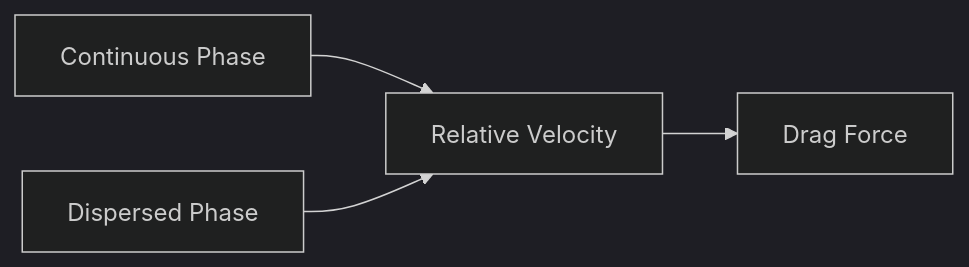
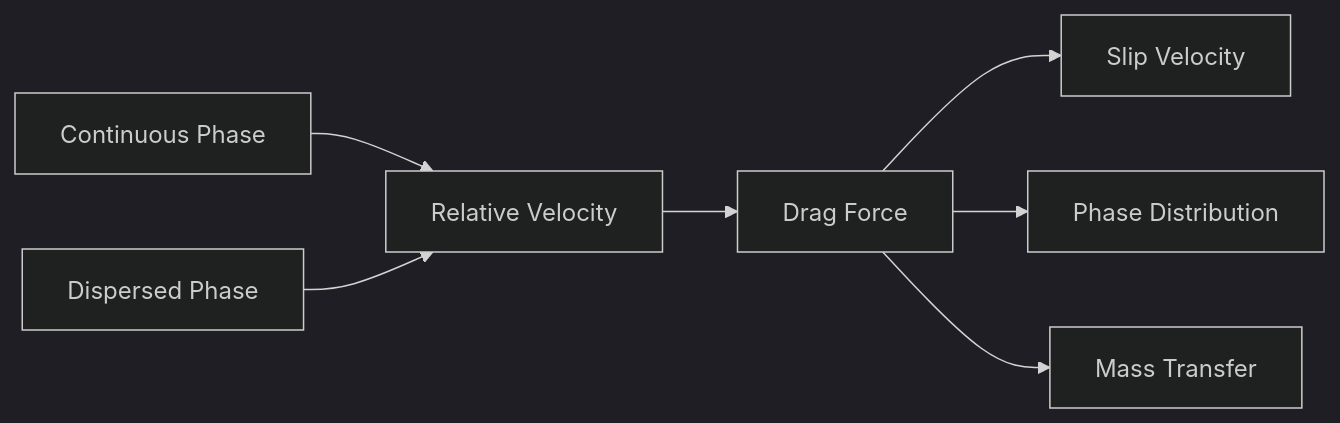
One commit to wramet/build-my-cfd changed the first of 2 diagrams in MODULE_04_MULTIPHASE_FUNDAMENTALS/CONTENT/04_INTERPHASE_FORCES/01_DRAG/00_Overview.md. Above: the diagram before and after it, drawn with Mermaid (dark theme). The commit also changed other lines of this file and 75 other files, not shown here.

````diff
--- a/MODULE_04_MULTIPHASE_FUNDAMENTALS/CONTENT/04_INTERPHASE_FORCES/01_DRAG/00_Overview.md
+++ b/MODULE_04_MULTIPHASE_FUNDAMENTALS/CONTENT/04_INTERPHASE_FORCES/01_DRAG/00_Overview.md
@@ -20,6 +28,9 @@
 ```mermaid
 flowchart LR
     A[Continuous Phase] --> B[Relative Velocity]
     C[Dispersed Phase] --> B
     B --> D[Drag Force]
+    D --> E[Slip Velocity]
+    D --> F[Phase Distribution]
+    D --> G[Mass Transfer]
 ```
````
